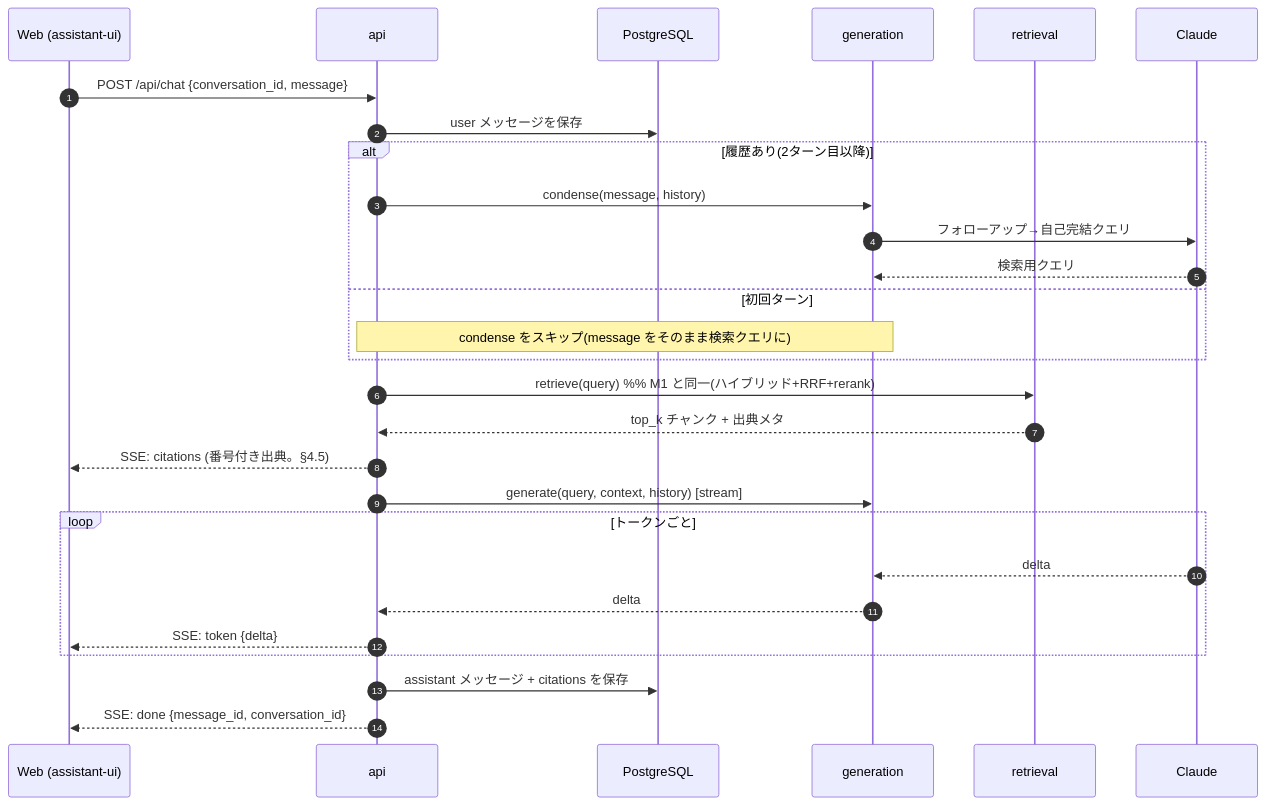
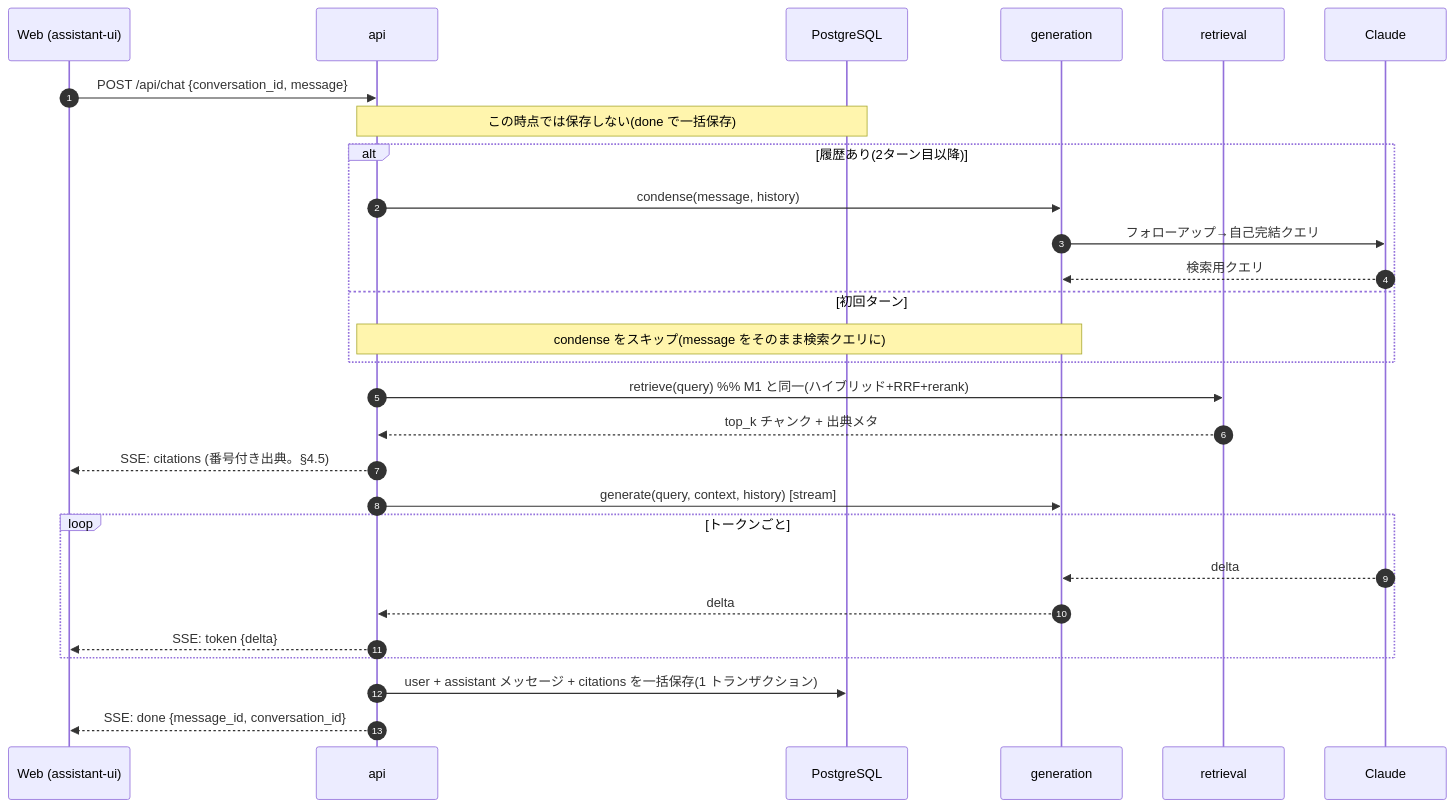
Before and after one commit to mskzuki/private_rag_apps: the diagram in docs/specs/M2_streaming_and_history.md, drawn with Mermaid. The commit also changed other lines of this file and 25 other files, not shown here.

````diff
--- a/docs/specs/M2_streaming_and_history.md
+++ b/docs/specs/M2_streaming_and_history.md
@@ -62,31 +63,31 @@
 ```mermaid
 sequenceDiagram
     autonumber
     participant U as Web (assistant-ui)
     participant API as api
     participant DB as PostgreSQL
     participant G as generation
     participant R as retrieval
     participant LLM as Claude
 
     U->>API: POST /api/chat {conversation_id, message}
-    API->>DB: user メッセージを保存
+    note over API,DB: この時点では保存しない(done で一括保存)
     alt 履歴あり(2ターン目以降)
         API->>G: condense(message, history)
         G->>LLM: フォローアップ→自己完結クエリ
         LLM-->>G: 検索用クエリ
     else 初回ターン
         note over API,G: condense をスキップ(message をそのまま検索クエリに)
     end
     API->>R: retrieve(query)  %% M1 と同一(ハイブリッド+RRF+rerank)
     R-->>API: top_k チャンク + 出典メタ
     API-->>U: SSE: citations  (番号付き出典。§4.5)
     API->>G: generate(query, context, history) [stream]
     loop トークンごと
         LLM-->>G: delta
         G-->>API: delta
         API-->>U: SSE: token {delta}
     end
-    API->>DB: assistant メッセージ + citations を保存
+    API->>DB: user + assistant メッセージ + citations を一括保存(1 トランザクション)
     API-->>U: SSE: done {message_id, conversation_id}
 ```
````
